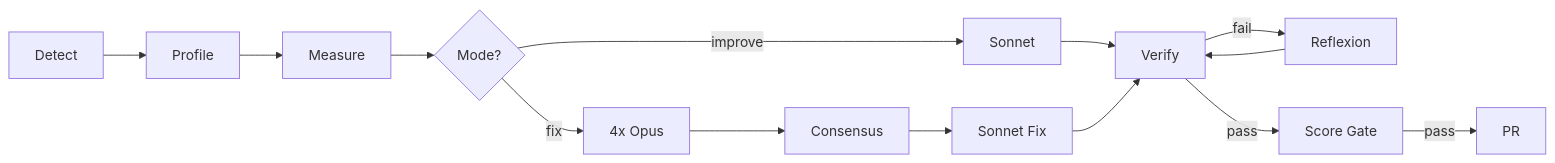
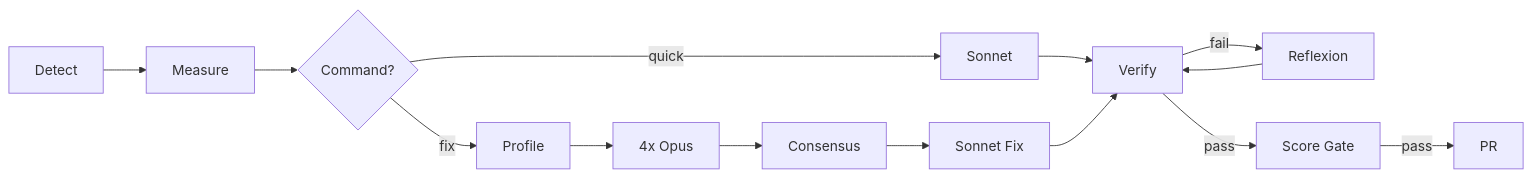
Before and after one commit to bokiko/KyZN: the diagram in README.md, drawn with Mermaid. The commit also changed other lines of this file and 4 other files, not shown here.

First line of the commit message:
docs: README structural overhaul + rename improve → quick

````diff
--- a/README.md
+++ b/README.md
@@ -260,16 +279,16 @@
 ```mermaid
 graph LR
-    A[Detect] --> P[Profile]
-    P --> B[Measure]
-    B --> C{Mode?}
-    C -->|fix| E[4x Opus]
-    C -->|improve| D[Sonnet]
+    A[Detect] --> B[Measure]
+    B --> C{Command?}
+    C -->|fix| P[Profile]
+    P --> E[4x Opus]
     E --> G[Consensus]
     G --> H[Sonnet Fix]
+    C -->|quick| D[Sonnet]
     D --> F[Verify]
     H --> F
     F -->|fail| R[Reflexion]
     R --> F
     F -->|pass| I[Score Gate]
     I -->|pass| J[PR]
 ```
````
